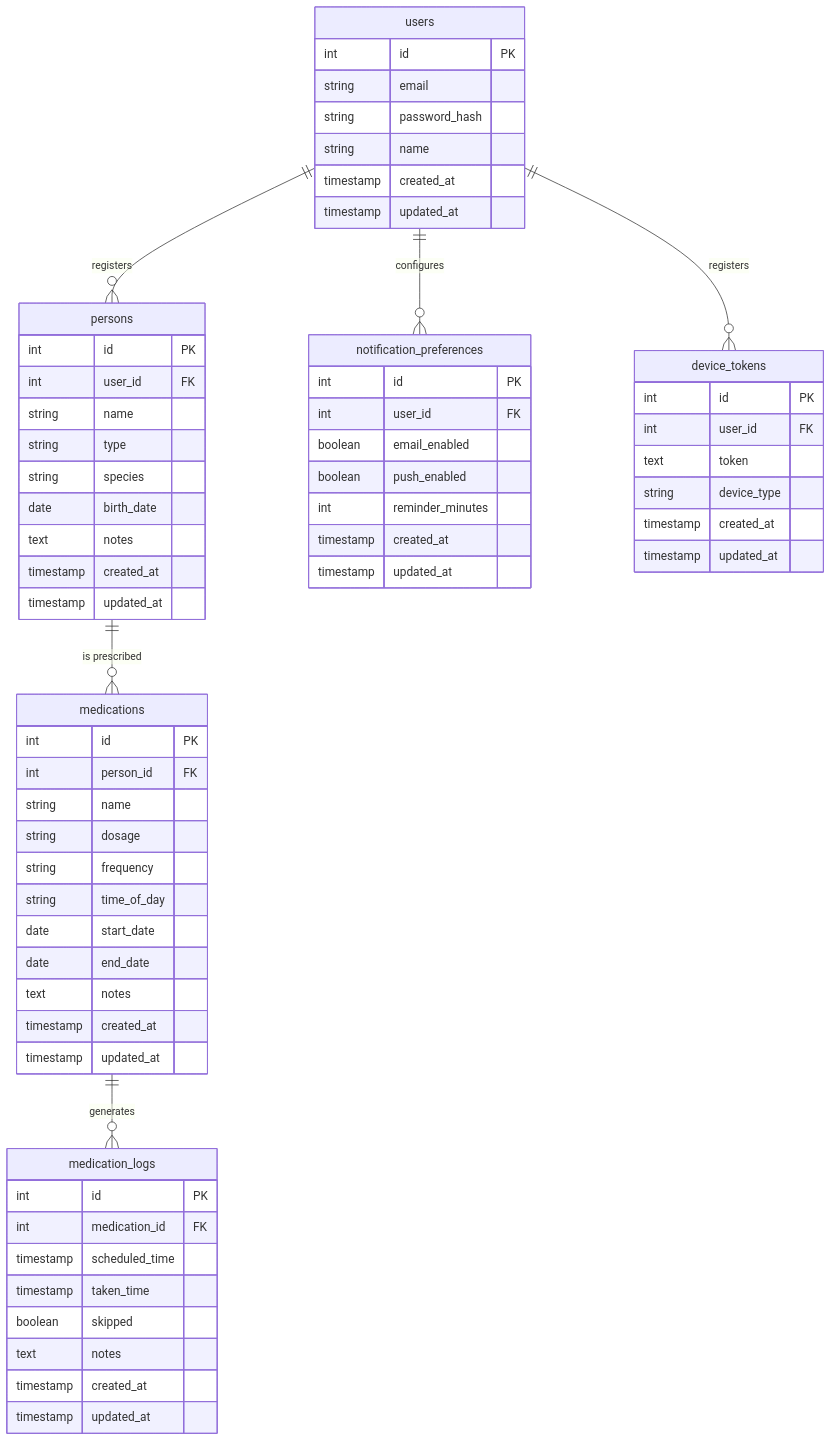
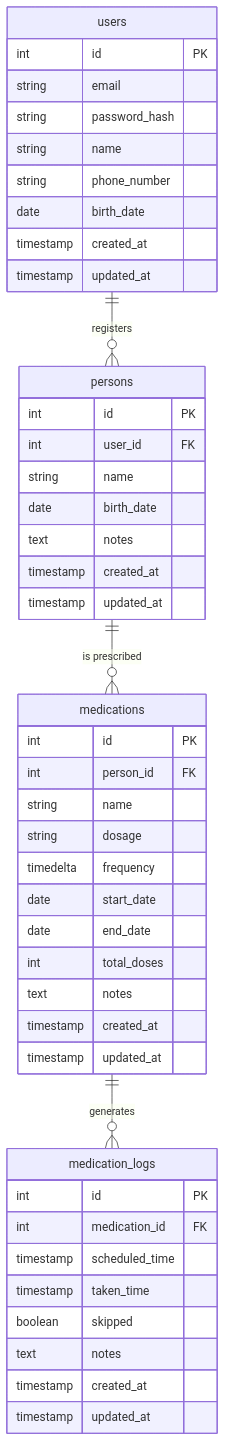
Before and after one commit to ruitcatarino/remedi: the diagram in ARCHITECTURE.md, drawn with Mermaid.

````diff
--- a/ARCHITECTURE.md
+++ b/ARCHITECTURE.md
@@ -7,73 +7,52 @@
 ```mermaid
 erDiagram
     users ||--o{ persons : "registers"
-    users ||--o{ notification_preferences : "configures"
-    users ||--o{ device_tokens : "registers"
     persons ||--o{ medications : "is prescribed"
     medications ||--o{ medication_logs : "generates"
 
     users {
         int id PK
         string email
         string password_hash
         string name
+        string phone_number
+        date birth_date
         timestamp created_at
         timestamp updated_at
     }
     
     persons {
         int id PK
         int user_id FK
         string name
-        string type
-        string species
         date birth_date
         text notes
         timestamp created_at
         timestamp updated_at
     }
     
     medications {
         int id PK
         int person_id FK
         string name
         string dosage
-        string frequency
-        string time_of_day
+        timedelta frequency
         date start_date
         date end_date
+        int total_doses
         text notes
         timestamp created_at
         timestamp updated_at
     }
     
     medication_logs {
         int id PK
         int medication_id FK
         timestamp scheduled_time
         timestamp taken_time
         boolean skipped
         text notes
         timestamp created_at
         timestamp updated_at
     }
-    
-    notification_preferences {
-        int id PK
-        int user_id FK
-        boolean email_enabled
-        boolean push_enabled
-        int reminder_minutes
-        timestamp created_at
-        timestamp updated_at
-    }
-    
-    device_tokens {
-        int id PK
-        int user_id FK
-        text token
-        string device_type
-        timestamp created_at
-        timestamp updated_at
-    }
 ```
````
